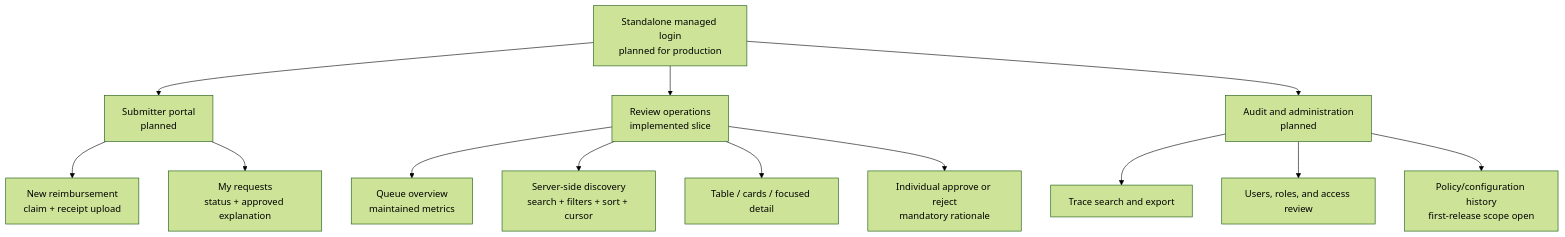
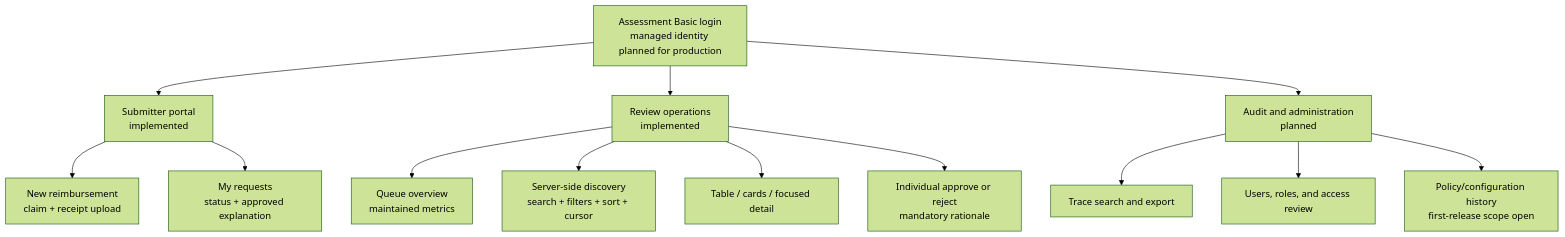
Before and after one commit to Dev-Luigy/automation_luigygabriel: the first of 4 diagrams in docs/ux-and-localization.md, drawn with Mermaid (forest theme). The commit also changed other lines of this file and 10 other files, not shown here.

Commit message:
docs: align architecture and traceability model

````diff
--- a/docs/ux-and-localization.md
+++ b/docs/ux-and-localization.md
@@ -14,19 +16,19 @@
 ```mermaid
 flowchart TB
-    Login["Standalone managed login\nplanned for production"]
-    Login --> Submitter["Submitter portal\nplanned"]
-    Login --> Review["Review operations\nimplemented slice"]
+    Login["Assessment Basic login\nmanaged identity planned for production"]
+    Login --> Submitter["Submitter portal\nimplemented"]
+    Login --> Review["Review operations\nimplemented"]
     Login --> Audit["Audit and administration\nplanned"]
 
     Submitter --> NewClaim["New reimbursement\nclaim + receipt upload"]
     Submitter --> Tracking["My requests\nstatus + approved explanation"]
 
     Review --> Overview["Queue overview\nmaintained metrics"]
     Review --> Discovery["Server-side discovery\nsearch + filters + sort + cursor"]
     Review --> Views["Table / cards / focused detail"]
     Review --> Decision["Individual approve or reject\nmandatory rationale"]
 
     Audit --> Trace["Trace search and export"]
     Audit --> Access["Users, roles, and access review"]
     Audit --> Operations["Policy/configuration history\nfirst-release scope open"]
 ```
````
